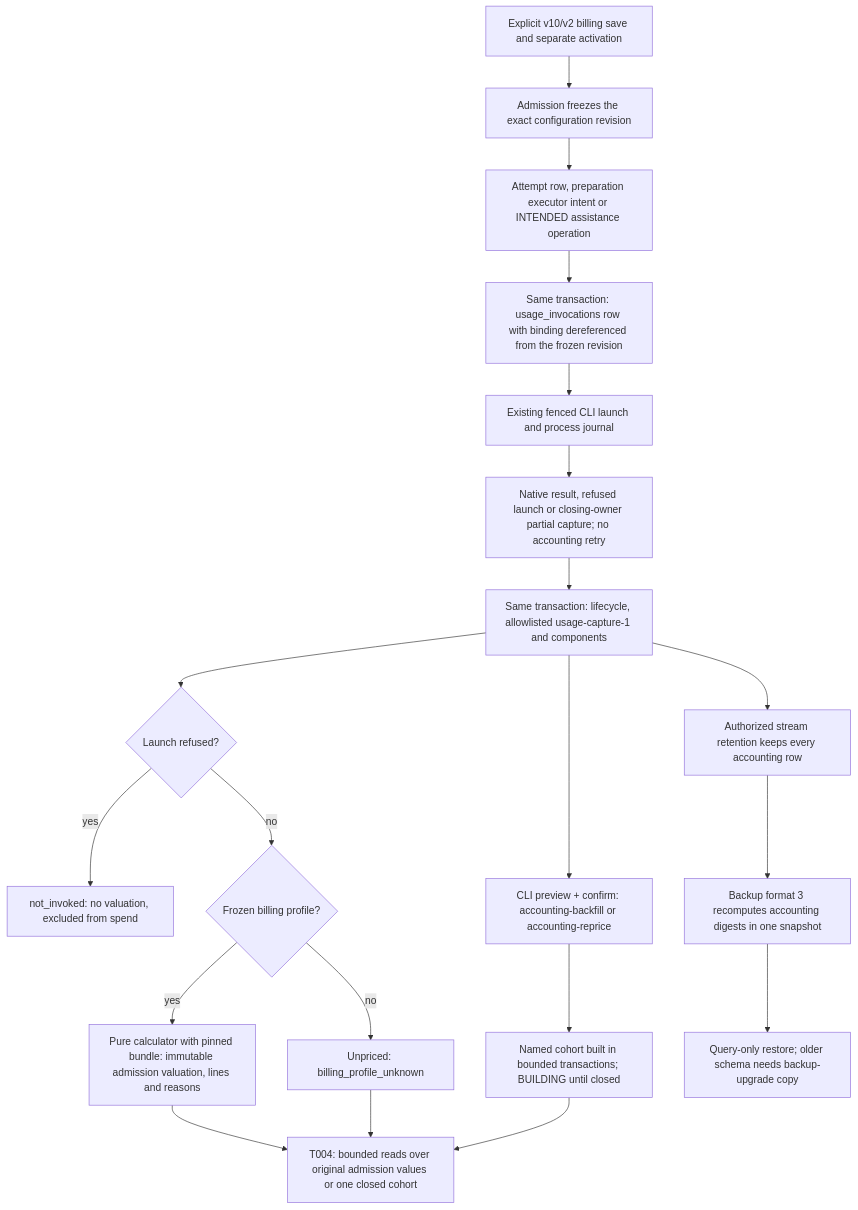
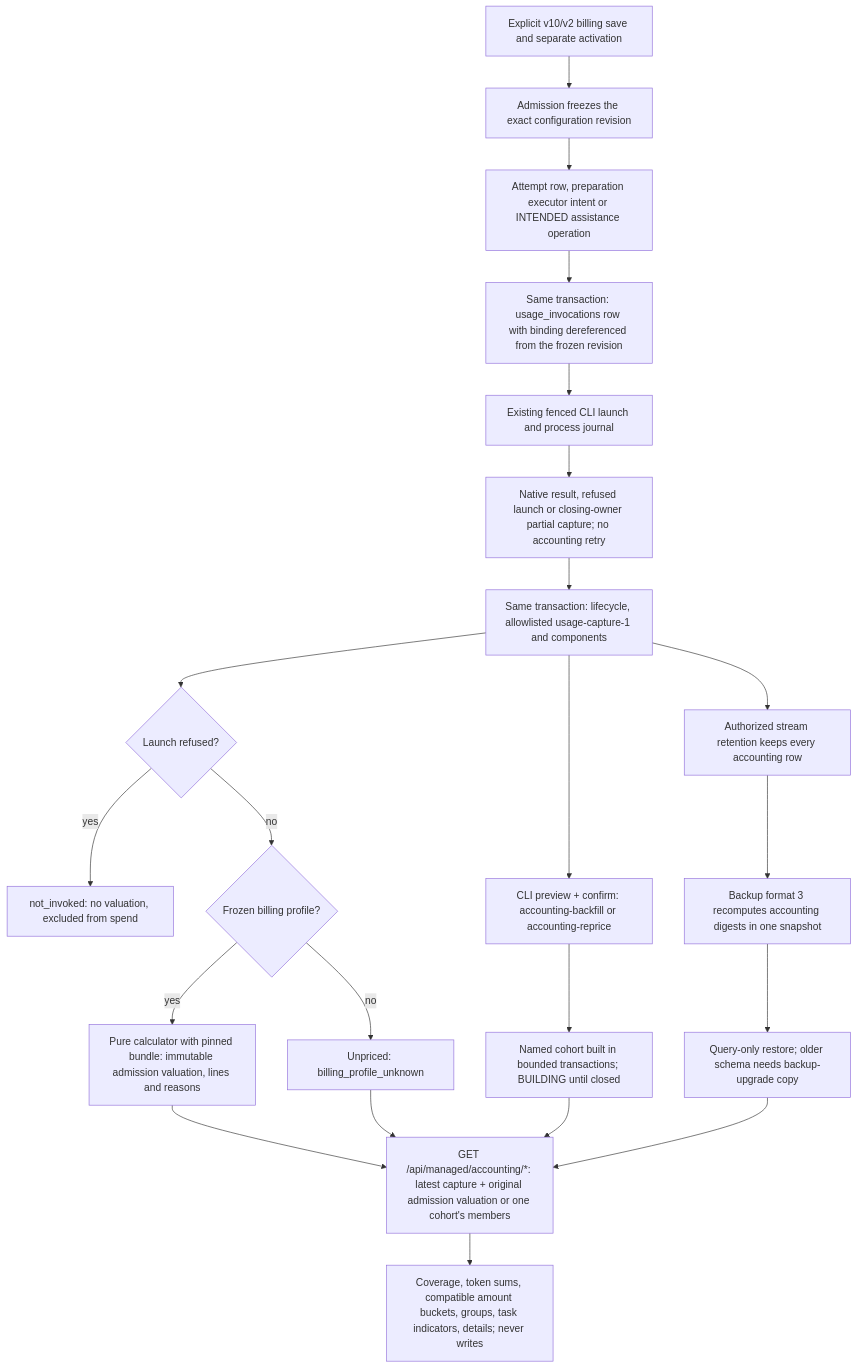
One commit to AcostaDDev/my-harness changed the diagram in docs/flows/metrics-accounting.md. Above: the diagram before and after it, drawn with Mermaid. The commit also changed other lines of this file and 17 other files, not shown here.

First line of the commit message:
feat: bounded accounting aggregates and read-only accounting API (P001-T004)

````diff
--- a/docs/flows/metrics-accounting.md
+++ b/docs/flows/metrics-accounting.md
@@ -10,22 +12,24 @@
 ```mermaid
 flowchart TD
     C[Explicit v10/v2 billing save and separate activation] --> B[Admission freezes the exact configuration revision]
     B --> I[Attempt row, preparation executor intent or INTENDED assistance operation]
     I --> E[Same transaction: usage_invocations row with binding dereferenced from the frozen revision]
     E --> L[Existing fenced CLI launch and process journal]
     L --> O[Native result, refused launch or closing-owner partial capture; no accounting retry]
     O --> S[Same transaction: lifecycle, allowlisted usage-capture-1 and components]
     S --> V{Launch refused?}
     V -- yes --> N0[not_invoked: no valuation, excluded from spend]
     V -- no --> P{Frozen billing profile?}
     P -- no --> U[Unpriced: billing_profile_unknown]
     P -- yes --> W[Pure calculator with pinned bundle: immutable admission valuation, lines and reasons]
-    W --> Q[T004: bounded reads over original admission values or one closed cohort]
+    W --> Q[GET /api/managed/accounting/*: latest capture + original admission valuation or one cohort's members]
     U --> Q
     S --> X[CLI preview + confirm: accounting-backfill or accounting-reprice]
     X --> K[Named cohort built in bounded transactions; BUILDING until closed]
     K --> Q
     S --> R[Authorized stream retention keeps every accounting row]
     R --> A[Backup format 3 recomputes accounting digests in one snapshot]
     A --> H[Query-only restore; older schema needs backup-upgrade copy]
+    H --> Q
+    Q --> G[Coverage, token sums, compatible amount buckets, groups, task indicators, details; never writes]
 ```
````
